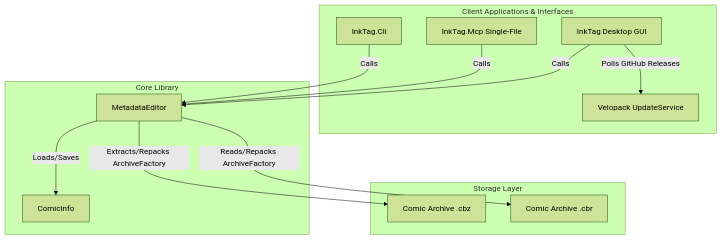
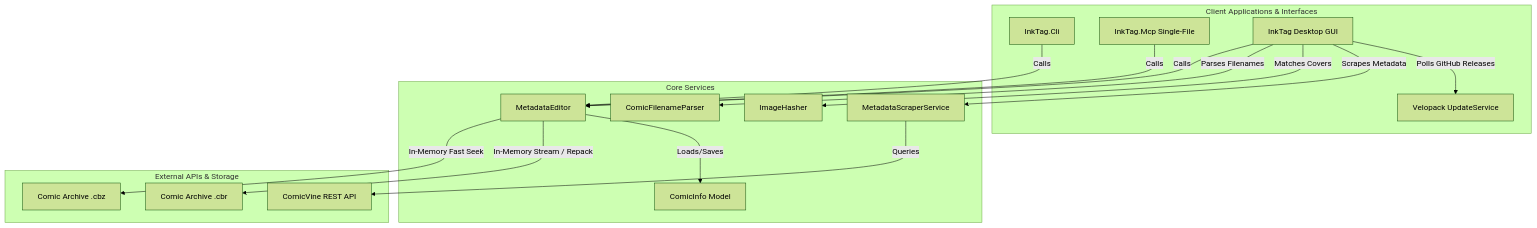
The diagram in docs/wiki/architecture.md (aurora7795/ComicMetadataEditor), drawn with Mermaid (forest theme) before and after one commit. The commit also changed other lines of this file and 3 other files, not shown here.

Commit message:
docs(wiki): update Layer 2 wiki with in-memory streaming, GVFS FUSE, ImageHasher, Scraper, and MVVM views

````diff
--- a/docs/wiki/architecture.md
+++ b/docs/wiki/architecture.md
@@ -16,27 +18,35 @@
 ```mermaid
 graph TD
     subgraph Client Applications & Interfaces
         CLI[InkTag.Cli]
         MCP[InkTag.Mcp Single-File]
         GUI[InkTag Desktop GUI]
         UPD[Velopack UpdateService]
     end
 
-    subgraph Core Library
+    subgraph Core Services
         ME[MetadataEditor]
-        CI[ComicInfo]
+        CI[ComicInfo Model]
+        CFP[ComicFilenameParser]
+        IH[ImageHasher]
+        MSS[MetadataScraperService]
     end
 
-    subgraph Storage Layer
+    subgraph External APIs & Storage
+        CV[ComicVine REST API]
         CBZ[Comic Archive .cbz]
         CBR[Comic Archive .cbr]
     end
 
     CLI -->|Calls| ME
     MCP -->|Calls| ME
     GUI -->|Calls| ME
+    GUI -->|Parses Filenames| CFP
+    GUI -->|Matches Covers| IH
+    GUI -->|Scrapes Metadata| MSS
     GUI -->|Polls GitHub Releases| UPD
+    MSS -->|Queries| CV
+    ME -->|In-Memory Fast Seek| CBZ
+    ME -->|In-Memory Stream / Repack| CBR
     ME -->|Loads/Saves| CI
-    ME -->|Extracts/Repacks ArchiveFactory| CBZ
-    ME -->|Reads/Repacks ArchiveFactory| CBR
 ```
````
